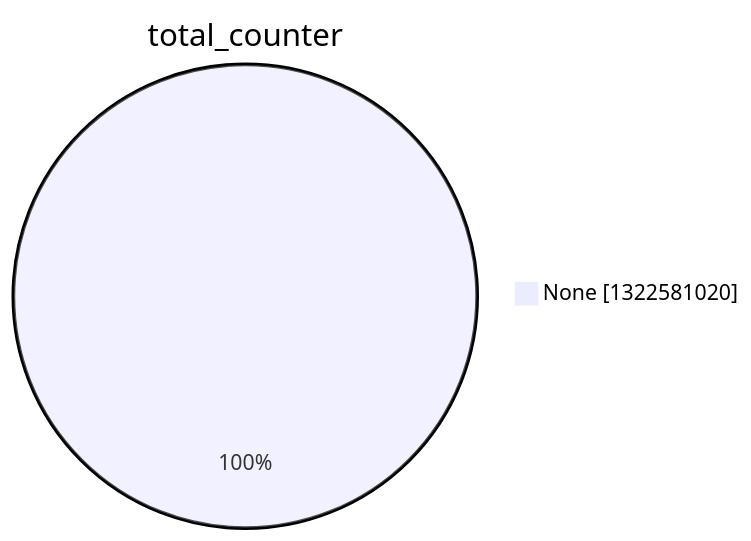
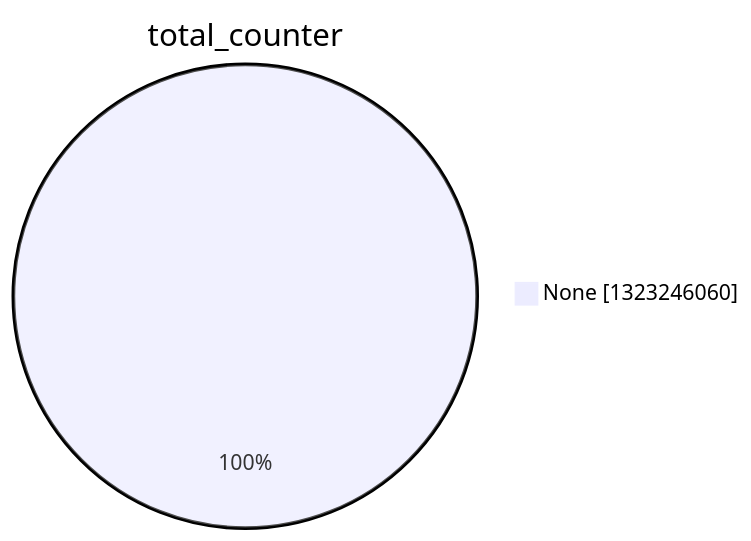
The second of 15 diagrams in argon2022/README.md (christiankrug/ctmonitor_visualization), drawn with Mermaid before and after one commit. The commit also changed other lines of this file, not shown here.

````diff
--- a/argon2022/README.md
+++ b/argon2022/README.md
@@ -9,5 +9,5 @@
 ```mermaid
 pie showData
 title total_counter
-"None" :1322581020
+"None" :1323246060
 ```
````
